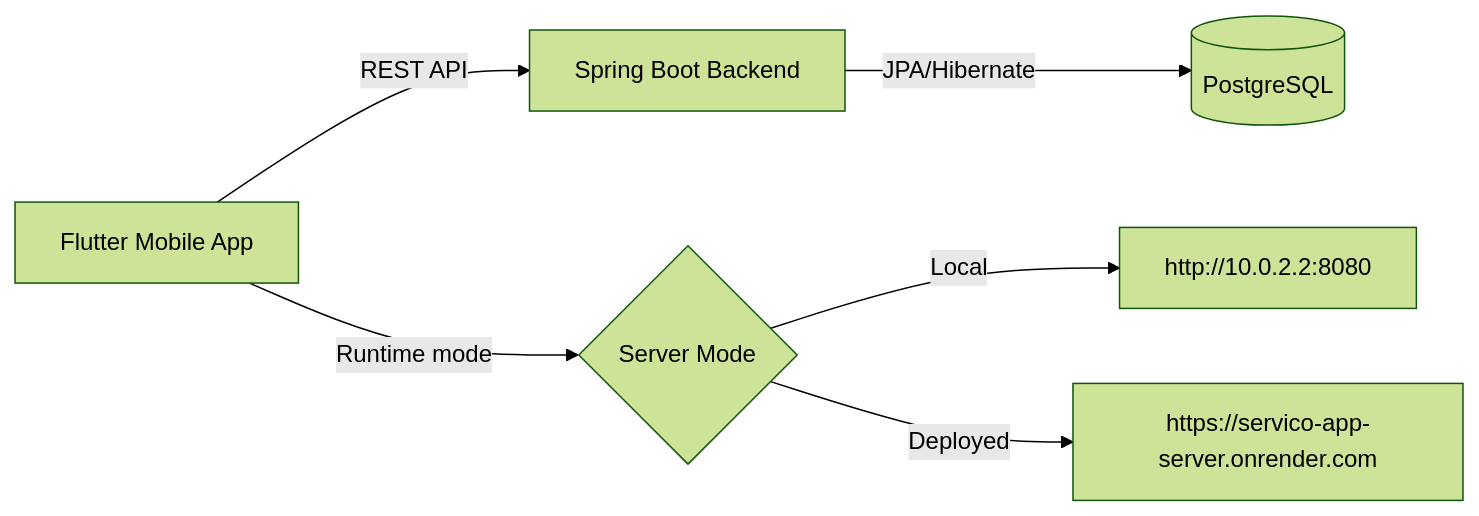
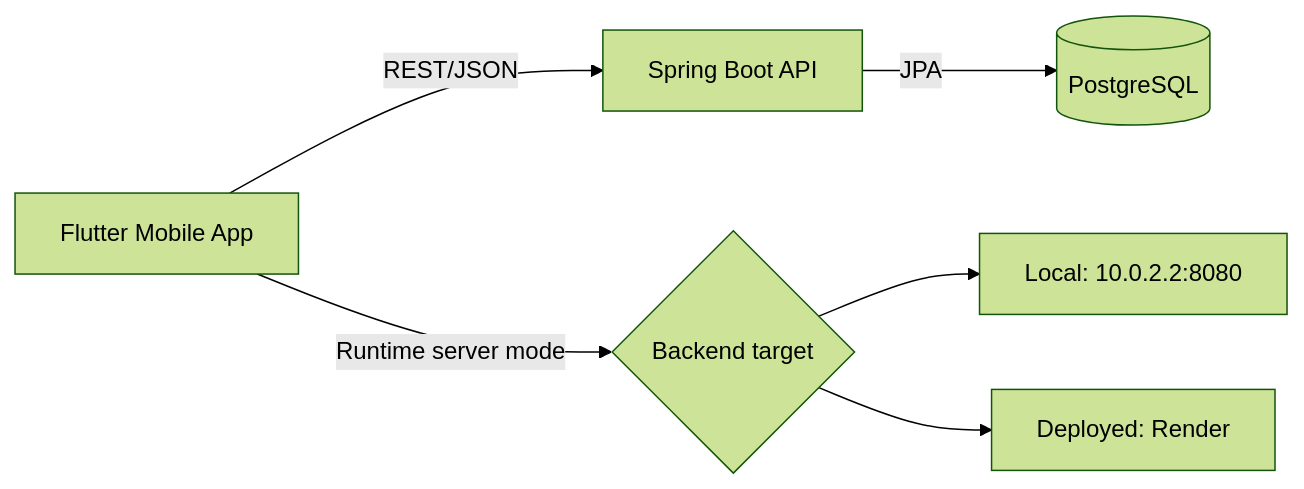
The first of 5 diagrams in README.md (Tanmay-Kudkar/local-service-management), drawn with Mermaid (forest theme) before and after one commit. The commit also changed other lines of this file, not shown here.

````diff
--- a/README.md
+++ b/README.md
@@ -109,8 +125,8 @@
 ```mermaid
 flowchart LR
-    A[Flutter Mobile App] -->|REST API| B[Spring Boot Backend]
-    B -->|JPA/Hibernate| C[(PostgreSQL)]
-    A -->|Runtime mode| D{Server Mode}
-    D -->|Local| E[http://10.0.2.2:8080]
-    D -->|Deployed| F[https://servico-app-server.onrender.com]
+    A[Flutter Mobile App] -->|REST/JSON| B[Spring Boot API]
+    B -->|JPA| C[(PostgreSQL)]
+    A -->|Runtime server mode| D{Backend target}
+    D --> E[Local: 10.0.2.2:8080]
+    D --> F[Deployed: Render]
 ```
````
